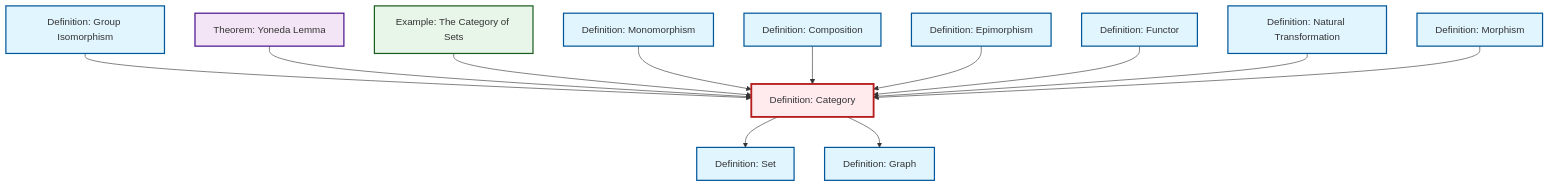
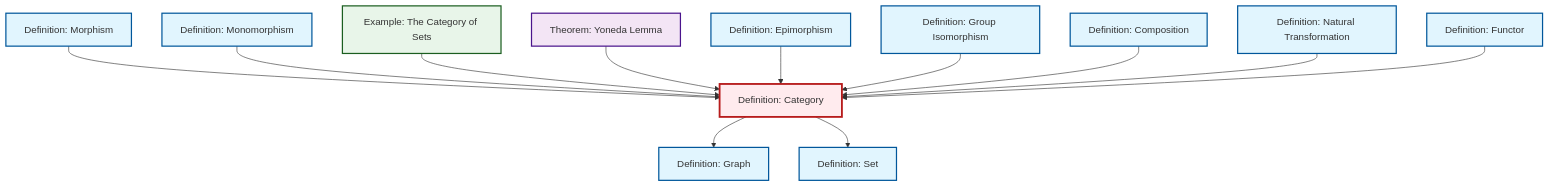
Before and after one commit to RK0429/ModernMath: the diagram in content/ja/category-theory/def-category.qmd, drawn with Mermaid. The commit also changed other lines of this file and 634 other files, not shown here.

````diff
--- a/content/ja/category-theory/def-category.qmd
+++ b/content/ja/category-theory/def-category.qmd
@@ -48,44 +48,44 @@
 ```{mermaid}
 %%| fig-cap: "Local dependency graph"
 graph TD
     classDef definition fill:#e1f5fe,stroke:#01579b,stroke-width:2px
     classDef theorem fill:#f3e5f5,stroke:#4a148c,stroke-width:2px
     classDef axiom fill:#fff3e0,stroke:#e65100,stroke-width:2px
     classDef example fill:#e8f5e9,stroke:#1b5e20,stroke-width:2px
     classDef current fill:#ffebee,stroke:#b71c1c,stroke-width:3px
+    def-category["Definition: Category"]:::definition
+    def-natural-transformation["Definition: Natural Transformation"]:::definition
     def-composition["Definition: Composition"]:::definition
+    def-epimorphism["Definition: Epimorphism"]:::definition
+    thm-yoneda["Theorem: Yoneda Lemma"]:::theorem
+    def-monomorphism["Definition: Monomorphism"]:::definition
+    def-isomorphism["Definition: Group Isomorphism"]:::definition
+    ex-set-category["Example: The Category of Sets"]:::example
+    def-morphism["Definition: Morphism"]:::definition
     def-set["Definition: Set"]:::definition
-    def-monomorphism["Definition: Monomorphism"]:::definition
+    def-graph["Definition: Graph"]:::definition
     def-functor["Definition: Functor"]:::definition
-    ex-set-category["Example: The Category of Sets"]:::example
-    def-epimorphism["Definition: Epimorphism"]:::definition
-    def-morphism["Definition: Morphism"]:::definition
-    thm-yoneda["Theorem: Yoneda Lemma"]:::theorem
-    def-isomorphism["Definition: Group Isomorphism"]:::definition
-    def-natural-transformation["Definition: Natural Transformation"]:::definition
-    def-graph["Definition: Graph"]:::definition
-    def-category["Definition: Category"]:::definition
+    def-category --> def-graph
+    def-morphism --> def-category
+    def-monomorphism --> def-category
+    ex-set-category --> def-category
+    thm-yoneda --> def-category
+    def-epimorphism --> def-category
     def-isomorphism --> def-category
-    thm-yoneda --> def-category
-    ex-set-category --> def-category
-    def-monomorphism --> def-category
     def-composition --> def-category
-    def-epimorphism --> def-category
+    def-natural-transformation --> def-category
+    def-category --> def-set
     def-functor --> def-category
-    def-natural-transformation --> def-category
-    def-morphism --> def-category
-    def-category --> def-set
-    def-category --> def-graph
     class def-category current
+    click def-natural-transformation "def-natural-transformation.html" "Definition: Natural Transformationへ"
     click def-composition "def-composition.html" "Definition: Compositionへ"
+    click def-epimorphism "def-epimorphism.html" "Definition: Epimorphismへ"
+    click thm-yoneda "thm-yoneda.html" "Theorem: Yoneda Lemmaへ"
+    click def-monomorphism "def-monomorphism.html" "Definition: Monomorphismへ"
+    click def-isomorphism "def-isomorphism.html" "Definition: Group Isomorphismへ"
+    click ex-set-category "ex-set-category.html" "Example: The Category of Setsへ"
+    click def-morphism "def-morphism.html" "Definition: Morphismへ"
     click def-set "def-set.html" "Definition: Setへ"
-    click def-monomorphism "def-monomorphism.html" "Definition: Monomorphismへ"
+    click def-graph "def-graph.html" "Definition: Graphへ"
     click def-functor "def-functor.html" "Definition: Functorへ"
-    click ex-set-category "ex-set-category.html" "Example: The Category of Setsへ"
-    click def-epimorphism "def-epimorphism.html" "Definition: Epimorphismへ"
-    click def-morphism "def-morphism.html" "Definition: Morphismへ"
-    click thm-yoneda "thm-yoneda.html" "Theorem: Yoneda Lemmaへ"
-    click def-isomorphism "def-isomorphism.html" "Definition: Group Isomorphismへ"
-    click def-natural-transformation "def-natural-transformation.html" "Definition: Natural Transformationへ"
-    click def-graph "def-graph.html" "Definition: Graphへ"
 ```
````
